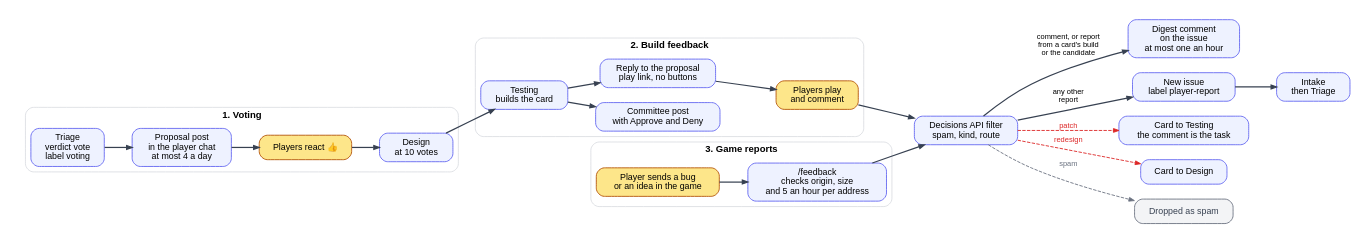
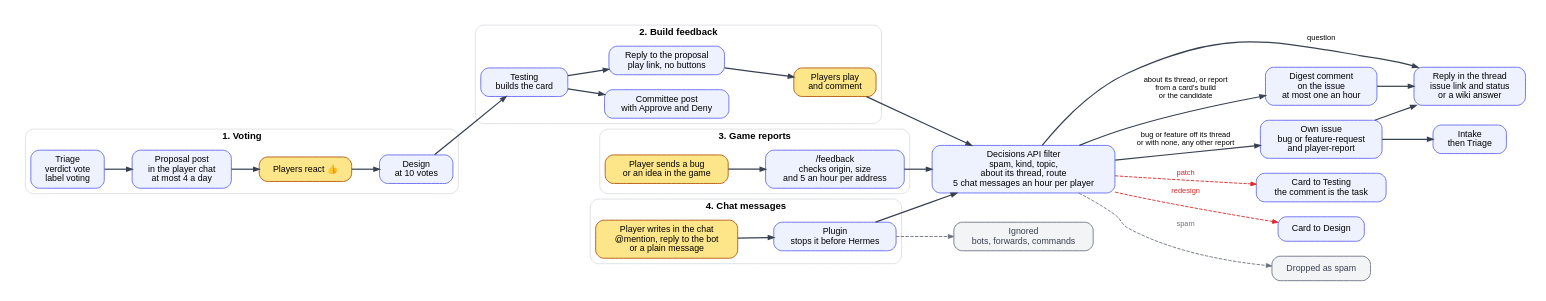
The diagram in factory/docs/diagrams/public.dot (ROAM-game-org/road-machiners), drawn with Graphviz before and after one commit. The commit also changed 9 other files, not shown here.

Commit message:
Process spec, diagram, state doc and factory public cover chat replies, own issues for off-topic comments and the Telegram setup they need

```diff
--- a/factory/docs/diagrams/public.dot
+++ b/factory/docs/diagrams/public.dot
@@ -1,54 +1,68 @@
-// Public inputs: voting, build feedback and game reports. Black: normal path. Red: loops back. Grey: leaves the flow. Yellow: waits for people.
+// Public inputs: voting, build feedback, game reports and chat messages. Black: normal path. Red: loops back. Grey: leaves the flow. Yellow: waits for people.
 digraph public {
   rankdir=LR; nodesep=0.3; ranksep=0.55; bgcolor=white; pad=0.3; newrank=true;
   node [shape=box, style="rounded,filled", fillcolor="#eef2ff", color="#6366f1", fontname="Helvetica", fontsize=13, margin="0.2,0.1", penwidth=1.3, width=1.5];
   edge [color="#374151", penwidth=1.8, arrowsize=0.8, fontname="Helvetica", fontsize=11];
 
   subgraph cluster_vote {
     label="1. Voting"; fontname="Helvetica-Bold"; fontsize=14; color="#d1d5db"; style=rounded;
     triage [label="Triage\nverdict vote\nlabel voting"];
     proposal [label="Proposal post\nin the player chat\nat most 4 a day"];
     votes [label="Players react 👍", fillcolor="#fde68a", color="#b45309"];
     design [label="Design\nat 10 votes"];
     triage -> proposal -> votes -> design;
   }
 
   subgraph cluster_build {
     label="2. Build feedback"; fontname="Helvetica-Bold"; fontsize=14; color="#d1d5db"; style=rounded;
     testing [label="Testing\nbuilds the card"];
     committeePost [label="Committee post\nwith Approve and Deny"];
     reply [label="Reply to the proposal\nplay link, no buttons"];
     comment [label="Players play\nand comment", fillcolor="#fde68a", color="#b45309"];
     testing -> committeePost;
     testing -> reply -> comment;
   }
 
   subgraph cluster_report {
     label="3. Game reports"; fontname="Helvetica-Bold"; fontsize=14; color="#d1d5db"; style=rounded;
     form [label="Player sends a bug\nor an idea in the game", fillcolor="#fde68a", color="#b45309"];
     feedback [label="/feedback\nchecks origin, size\nand 5 an hour per address"];
     form -> feedback;
   }
 
-  filter [label="Decisions API filter\nspam, kind, route"];
+  subgraph cluster_chat {
+    label="4. Chat messages"; fontname="Helvetica-Bold"; fontsize=14; color="#d1d5db"; style=rounded;
+    message [label="Player writes in the chat\n@mention, reply to the bot\nor a plain message", fillcolor="#fde68a", color="#b45309"];
+    plugin [label="Plugin\nstops it before Hermes"];
+    message -> plugin;
+  }
+
+  filter [label="Decisions API filter\nspam, kind, topic,\nabout its thread, route\n5 chat messages an hour per player"];
   digest [label="Digest comment\non the issue\nat most one an hour"];
-  newIssue [label="New issue\nlabel player-report"];
+  newIssue [label="Own issue\nbug or feature-request\nand player-report"];
+  answer [label="Reply in the thread\nissue link and status\nor a wiki answer"];
   intake [label="Intake\nthen Triage"];
   patch [label="Card to Testing\nthe comment is the task"];
   redesign [label="Card to Design"];
   rejected [label="Dropped as spam", fillcolor="#f3f4f6", color="#6b7280", fontcolor="#374151"];
+  ignored [label="Ignored\nbots, forwards, commands", fillcolor="#f3f4f6", color="#6b7280", fontcolor="#374151"];
 
   design -> testing [weight=0];
   comment -> filter;
   feedback -> filter;
-  filter -> digest [label="comment, or report\nfrom a card's build\nor the candidate"];
-  filter -> newIssue [label="any other\nreport"];
+  plugin -> filter;
+  filter -> digest [label="about its thread, or report\nfrom a card's build\nor the candidate"];
+  filter -> newIssue [label="bug or feature off its thread\nor with none, any other report"];
+  filter -> answer [label="question"];
   newIssue -> intake;
+  digest -> answer;
+  newIssue -> answer;
 
   edge [color="#dc2626", fontcolor="#dc2626", style=dashed, penwidth=1.3];
   filter -> patch [label="patch"];
   filter -> redesign [label="redesign"];
 
   edge [color="#6b7280", fontcolor="#6b7280", style=dashed, penwidth=1.3];
   filter -> rejected [label="spam"];
+  plugin -> ignored;
 }
```
